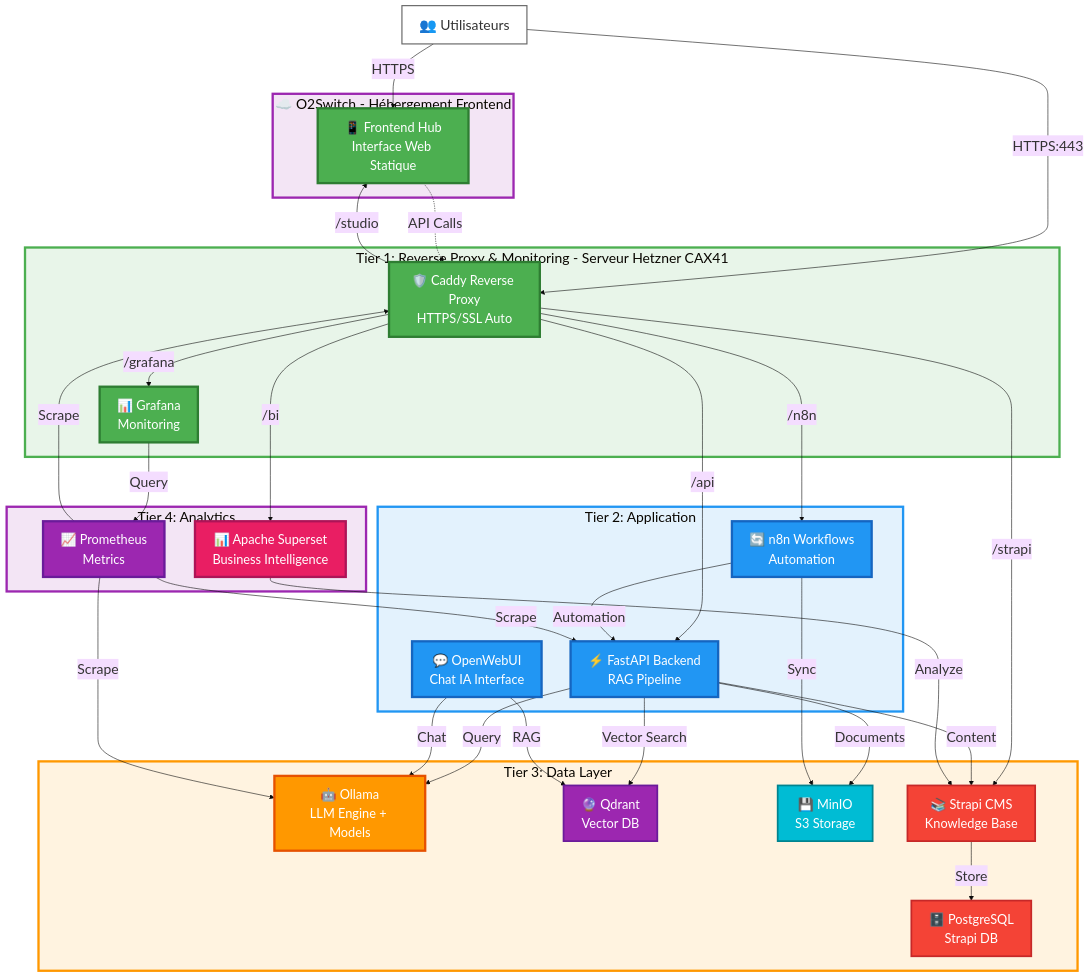
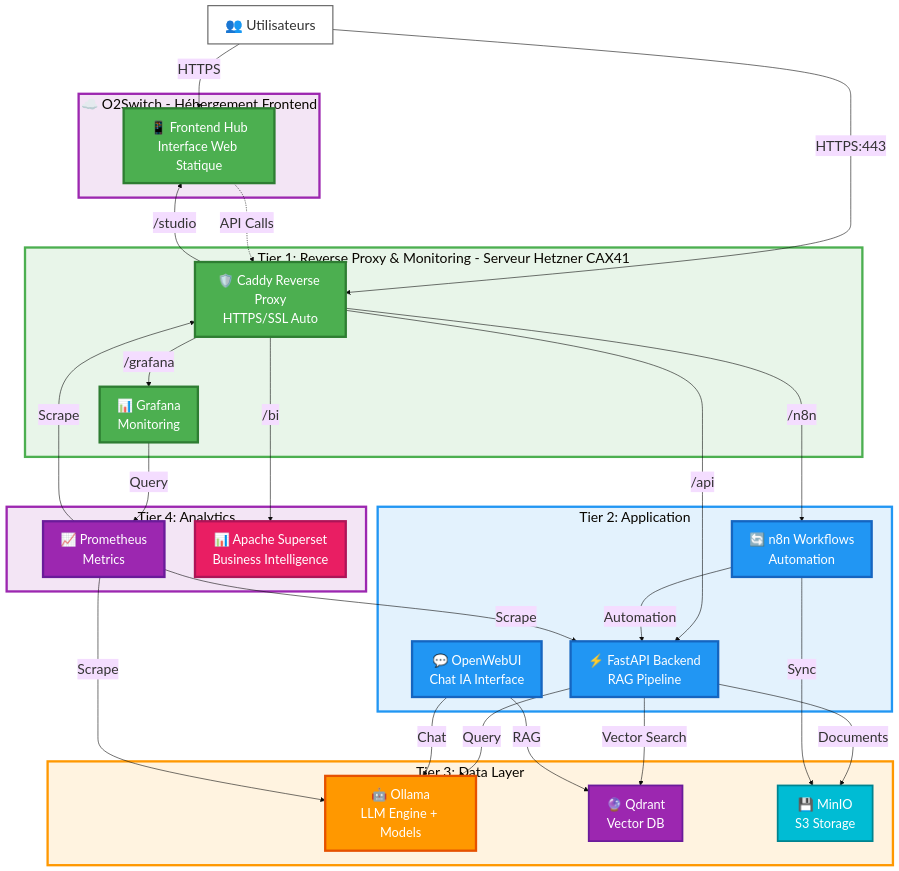
One commit to stepstev/oceanphenix-IA-souveraine-v10_2026_DOCS changed the second of 8 diagrams in docs/DIAGRAMS_MERMAID.md. Above: the diagram before and after it, drawn with Mermaid. The commit also changed other lines of this file and 9 other files, not shown here.

First line of the commit message:
refactor: remove Strapi CMS from entire stack

```diff
--- a/docs/DIAGRAMS_MERMAID.md
+++ b/docs/DIAGRAMS_MERMAID.md
@@ -84,7 +84,6 @@
     classDef tierBi fill:#E91E63,stroke:#AD1457,stroke-width:4px,color:#fff,font-size:22px
     classDef storage fill:#00BCD4,stroke:#00838F,stroke-width:3px,color:#fff,font-size:22px
     classDef vectordb fill:#9C27B0,stroke:#6A1B9A,stroke-width:3px,color:#fff,font-size:22px
-    classDef strapi fill:#F44336,stroke:#C62828,stroke-width:3px,color:#fff,font-size:22px
     
     %% Internet
     Users[👥 Utilisateurs]
@@ -112,8 +111,6 @@
         Ollama[🤖 Ollama<br/>LLM Engine + Models]:::tierData
         Qdrant[🔮 Qdrant<br/>Vector DB]:::vectordb
         MinIO[💾 MinIO<br/>S3 Storage]:::storage
-        Strapi[📚 Strapi CMS<br/>Knowledge Base]:::strapi
-        PostgreSQL[🗄️ PostgreSQL<br/>Strapi DB]:::strapi
     end
     
     %% Tier 4: Analytics
@@ -133,25 +130,21 @@
     Caddy -->|/n8n| N8N
     Caddy -->|/studio| HubFront
     Caddy -->|/api| FastAPI
-    Caddy -->|/strapi| Strapi
     
     %% Tier 2 → Tier 3
     FastAPI -->|Query| Ollama
     FastAPI -->|Vector Search| Qdrant
     FastAPI -->|Documents| MinIO
-    FastAPI -->|Content| Strapi
     OpenWebUI -->|Chat| Ollama
     OpenWebUI -->|RAG| Qdrant
     N8N -->|Automation| FastAPI
     N8N -->|Sync| MinIO
-    Strapi -->|Store| PostgreSQL
     
     %% Tier 4 Monitoring
     Grafana -->|Query| Prometheus
     Prometheus -->|Scrape| FastAPI
     Prometheus -->|Scrape| Ollama
     Prometheus -->|Scrape| Caddy
-    ApacheBI -->|Analyze| Strapi
     
     %% Styling tiers
     style O2 fill:#F3E5F5,stroke:#9C27B0,stroke-width:4px
```
